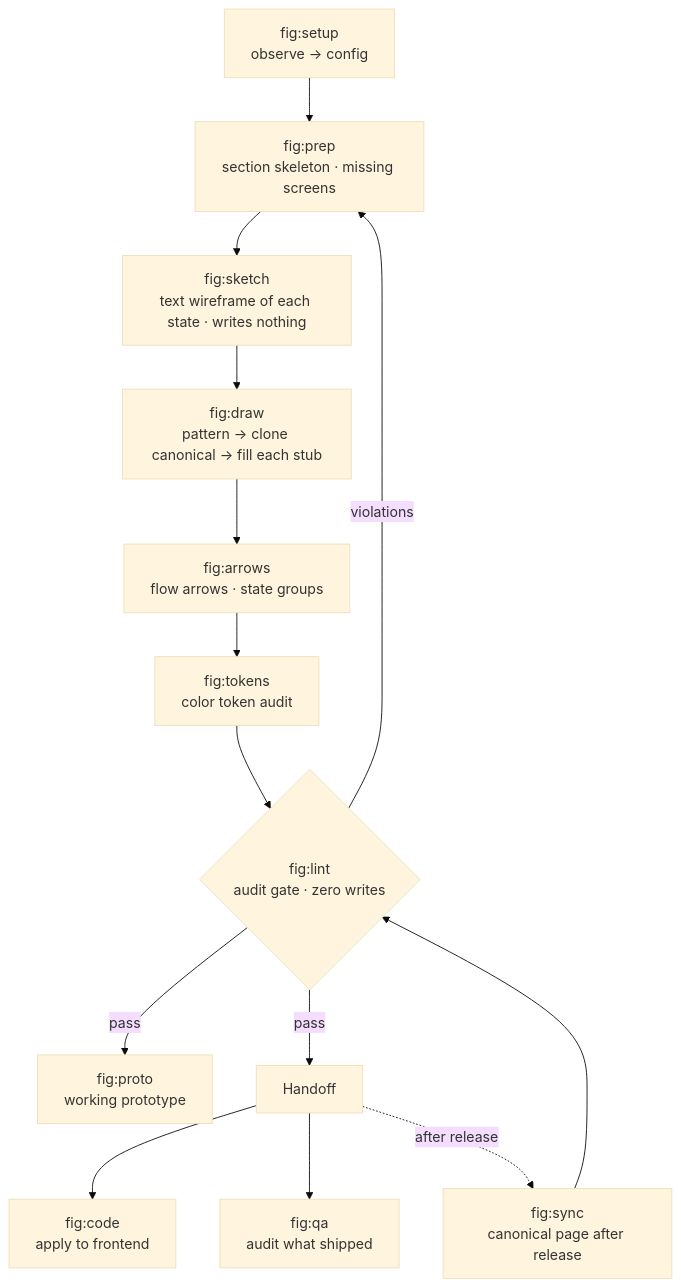
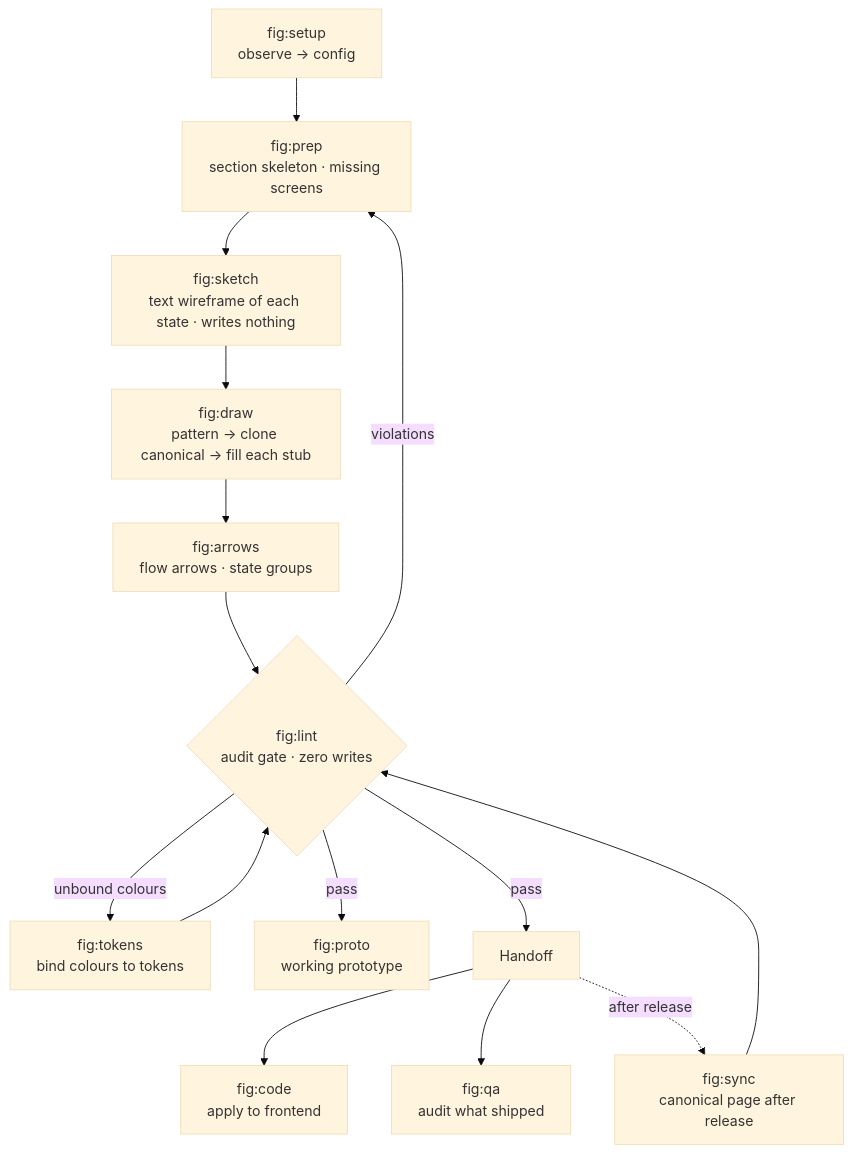
Before and after one commit to byjunyoung/claude-product-skills: the diagram in README.md, drawn with Mermaid (base theme). The commit also changed other lines of this file and 13 other files, not shown here.

First line of the commit message:
refactor(fig): tokens는 묶기만 하고, 훑기와 묶기를 스크립트로 옮긴다

````diff
--- a/README.md
+++ b/README.md
@@ -338,24 +338,25 @@
 ```mermaid
 flowchart TD
     setup["fig:setup<br/>observe → config"]
     prep["fig:prep<br/>section skeleton · missing screens"]
     sketch["fig:sketch<br/>text wireframe of each state · writes nothing"]
     draw["fig:draw<br/>pattern → clone canonical → fill each stub"]
     arrows["fig:arrows<br/>flow arrows · state groups"]
-    tokens["fig:tokens<br/>color token audit"]
+    tokens["fig:tokens<br/>bind colours to tokens"]
     lint{"fig:lint<br/>audit gate · zero writes"}
     proto["fig:proto<br/>working prototype"]
     handoff["Handoff"]
     code["fig:code<br/>apply to frontend"]
     sync["fig:sync<br/>canonical page after release"]
     qa["fig:qa<br/>audit what shipped"]
 
-    setup --> prep --> sketch --> draw --> arrows --> tokens --> lint
+    setup --> prep --> sketch --> draw --> arrows --> lint
     lint -- violations --> prep
+    lint -- unbound colours --> tokens --> lint
     lint -- pass --> proto
     lint -- pass --> handoff
     handoff --> code
     handoff --> qa
     handoff -. after release .-> sync
     sync --> lint
 ```
````
